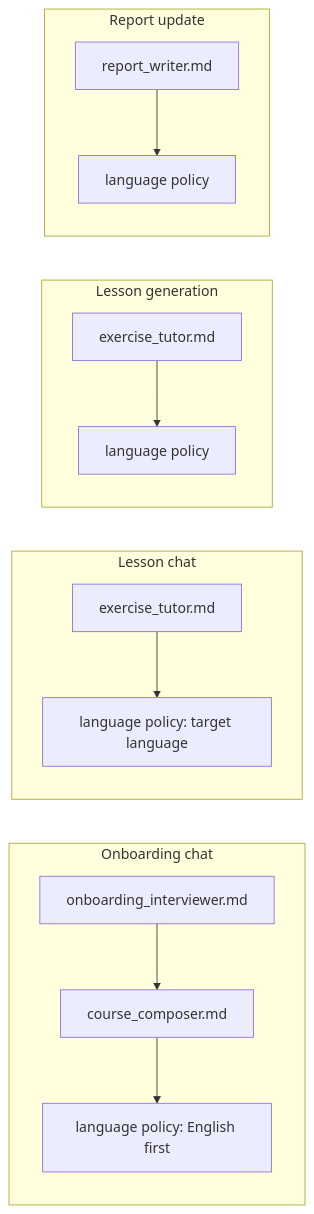
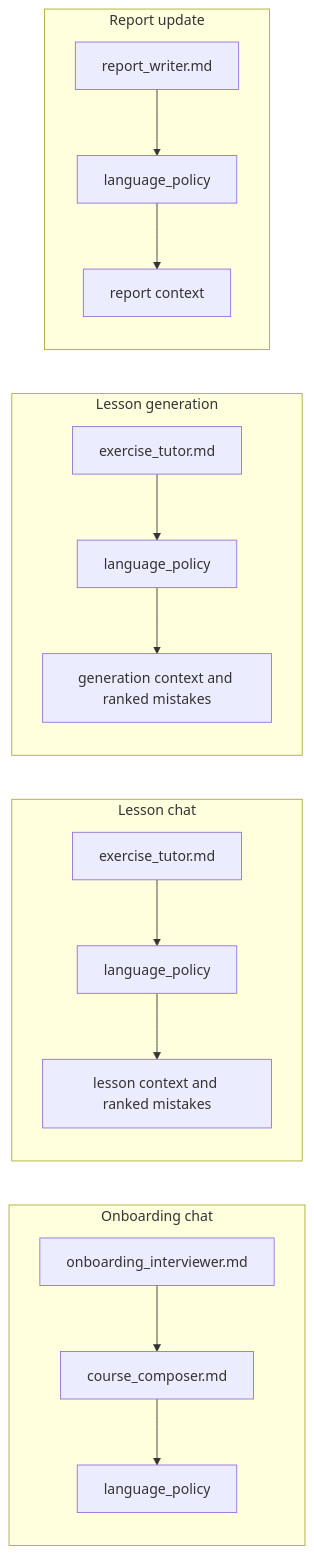
The diagram in docs/tech_requirements/ai-api.md (paulpolz/lingua-coach), drawn with Mermaid before and after one commit. The commit also changed other lines of this file and 52 other files, not shown here.

````diff
--- a/docs/tech_requirements/ai-api.md
+++ b/docs/tech_requirements/ai-api.md
@@ -31,15 +48,18 @@
 ```mermaid
 flowchart LR
   subgraph onboarding [Onboarding chat]
-    o1[onboarding_interviewer.md] --> o2[course_composer.md] --> o4[language policy: English first]
+    o1[onboarding_interviewer.md] --> o2[course_composer.md] --> o4[language_policy]
   end
   subgraph lesson [Lesson chat]
-    l1[exercise_tutor.md] --> l4[language policy: target language]
+    l1[exercise_tutor.md] --> l4[language_policy]
+    l4 --> l5[lesson context and ranked mistakes]
   end
   subgraph gen [Lesson generation]
-    g1[exercise_tutor.md] --> g3[language policy]
+    g1[exercise_tutor.md] --> g3[language_policy]
+    g3 --> g4[generation context and ranked mistakes]
   end
   subgraph rep [Report update]
-    r1[report_writer.md] --> r3[language policy]
+    r1[report_writer.md] --> r3[language_policy]
+    r3 --> r4[report context]
   end
 ```
````
